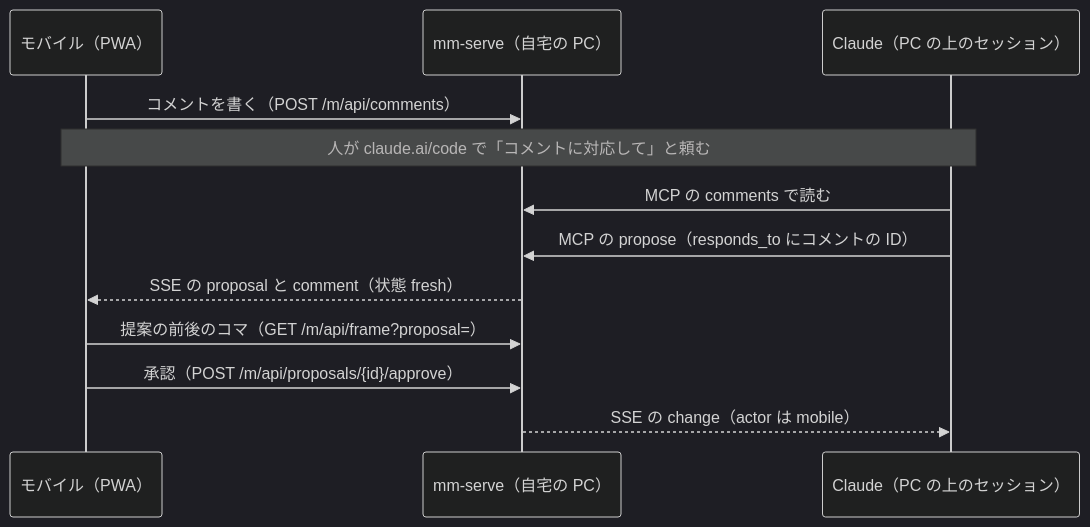
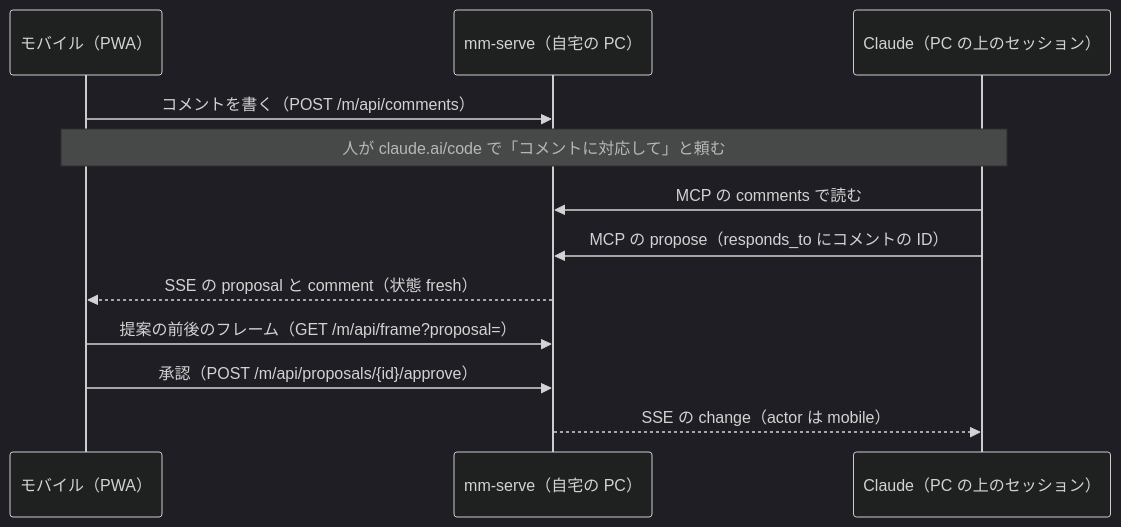
The first of 2 diagrams in movie-maker/docs/design/12-mobile.md (durun-lab/claude-marketplace), drawn with Mermaid (dark theme) before and after one commit. The commit also changed other lines of this file and 96 other files, not shown here.

````diff
--- a/movie-maker/docs/design/12-mobile.md
+++ b/movie-maker/docs/design/12-mobile.md
@@ -30,14 +30,14 @@
 ```mermaid
 sequenceDiagram
   participant P as モバイル（PWA）
   participant S as mm-serve（自宅の PC）
   participant C as Claude（PC の上のセッション）
   P->>S: コメントを書く（POST /m/api/comments）
   Note over P,C: 人が claude.ai/code で「コメントに対応して」と頼む
   C->>S: MCP の comments で読む
   C->>S: MCP の propose（responds_to にコメントの ID）
   S-->>P: SSE の proposal と comment（状態 fresh）
-  P->>S: 提案の前後のコマ（GET /m/api/frame?proposal=）
+  P->>S: 提案の前後のフレーム（GET /m/api/frame?proposal=）
   P->>S: 承認（POST /m/api/proposals/{id}/approve）
   S-->>C: SSE の change（actor は mobile）
 ```
````
